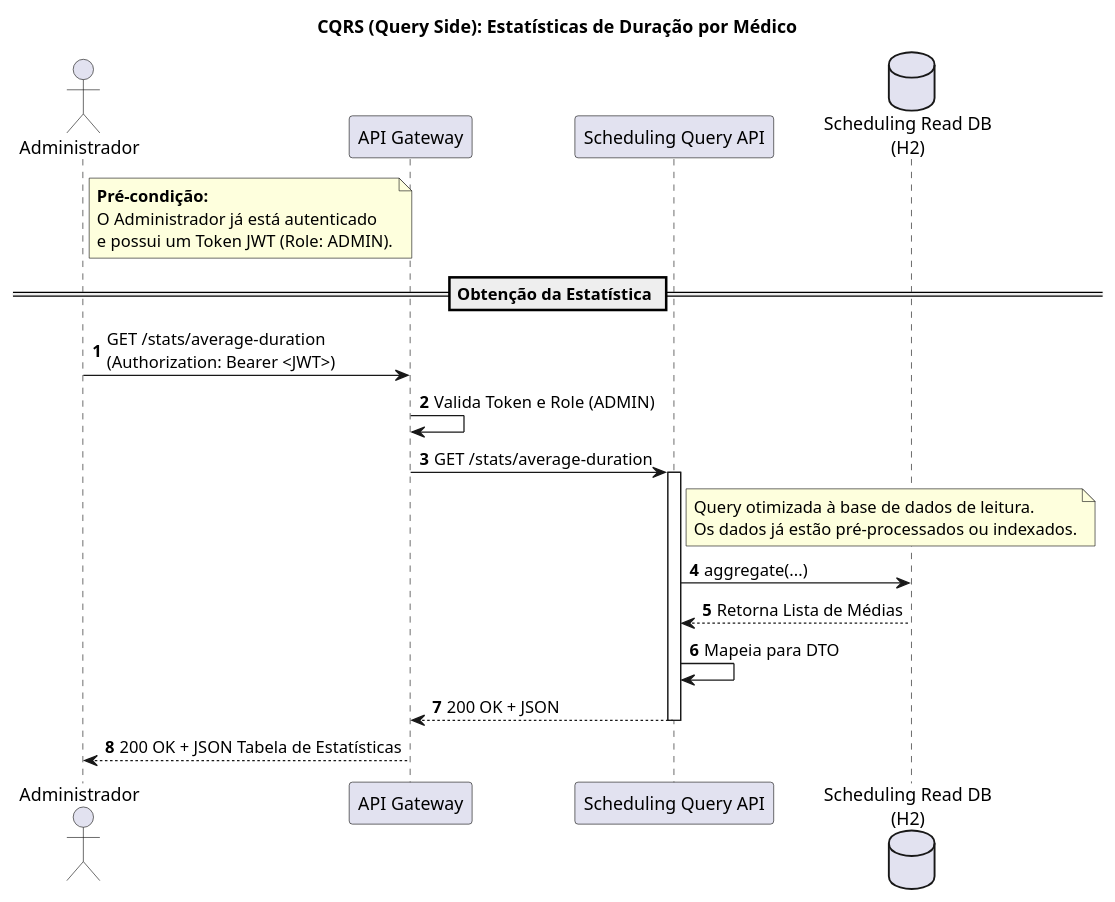
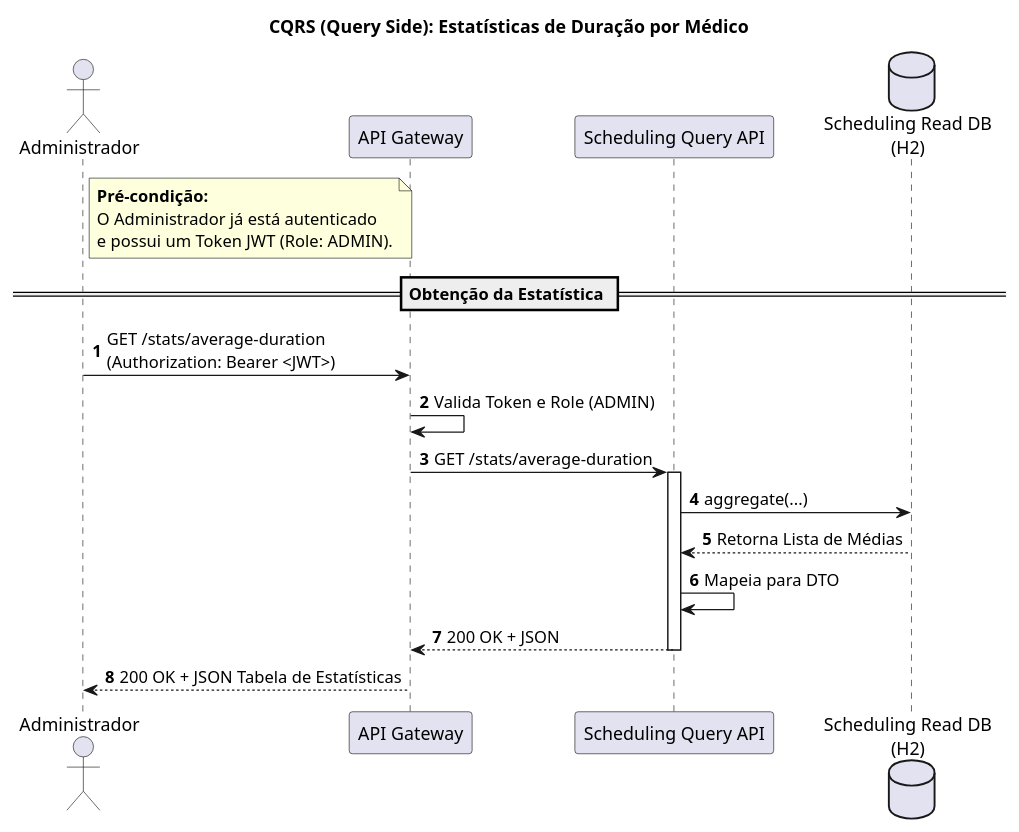
Before and after one commit to Parafita123/LETI_SIDIS_3DA_2: the diagram in docs/2_entrega/Sequence Diagram/Diagrama de Sequencia - Calcular Duração Media.puml, drawn with PlantUML.

Commit message:
correção dos diagramas de sequencias

```diff
--- a/docs/2_entrega/Sequence Diagram/Diagrama de Sequencia - Calcular Duração Media.puml
+++ b/docs/2_entrega/Sequence Diagram/Diagrama de Sequencia - Calcular Duração Media.puml
@@ -1,42 +1,38 @@
 @startuml
 title CQRS (Query Side): Estatísticas de Duração por Médico
 
 actor "Administrador" as Admin
 participant "API Gateway" as Gateway
 participant "Scheduling Query API" as QueryAPI
 database "Scheduling Read DB\n(H2)" as RDB
 
 autonumber
 
 note right of Admin
   **Pré-condição:**
   O Administrador já está autenticado
   e possui um Token JWT (Role: ADMIN).
 end note
 
 == Obtenção da Estatística ==
 
     Admin -> Gateway : GET /stats/average-duration\n(Authorization: Bearer <JWT>)
 
     Gateway -> Gateway : Valida Token e Role (ADMIN)
 
     Gateway -> QueryAPI : GET /stats/average-duration
 
     activate QueryAPI
-        note right of QueryAPI
-          Query otimizada à base de dados de leitura.
-          Os dados já estão pré-processados ou indexados.
-        end note
 
         QueryAPI -> RDB : aggregate(...)
 
         RDB --> QueryAPI : Retorna Lista de Médias
 
         QueryAPI -> QueryAPI : Mapeia para DTO
 
         QueryAPI --> Gateway : 200 OK + JSON
     deactivate QueryAPI
 
     Gateway --> Admin : 200 OK + JSON Tabela de Estatísticas
 
 @enduml
```
